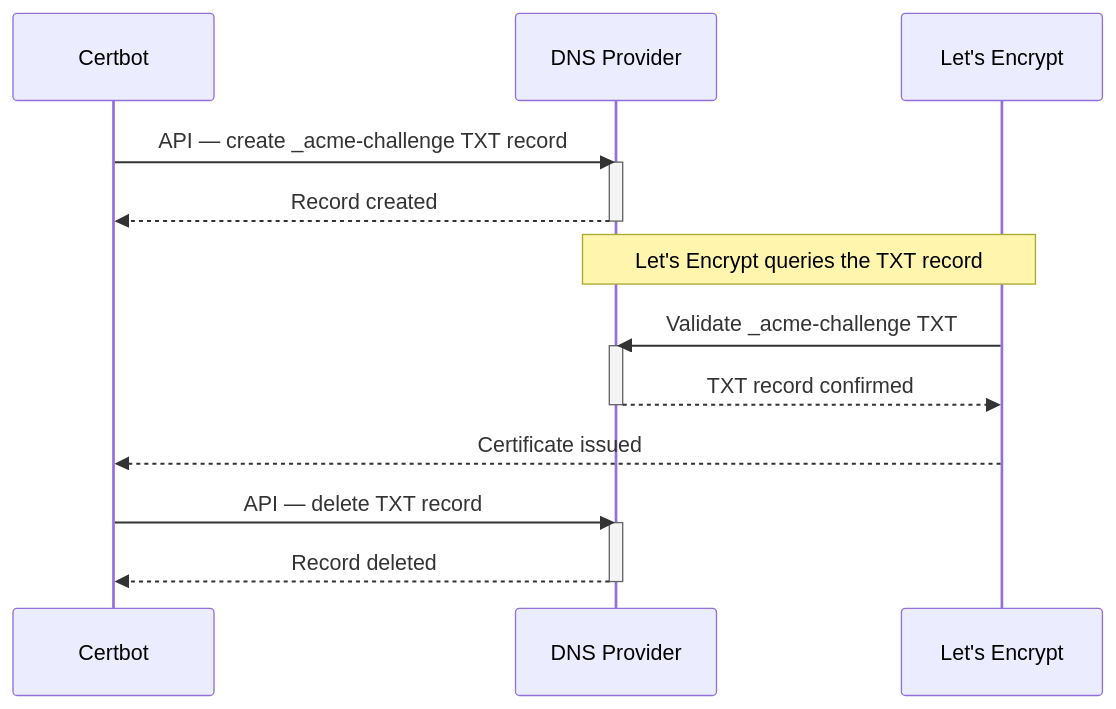
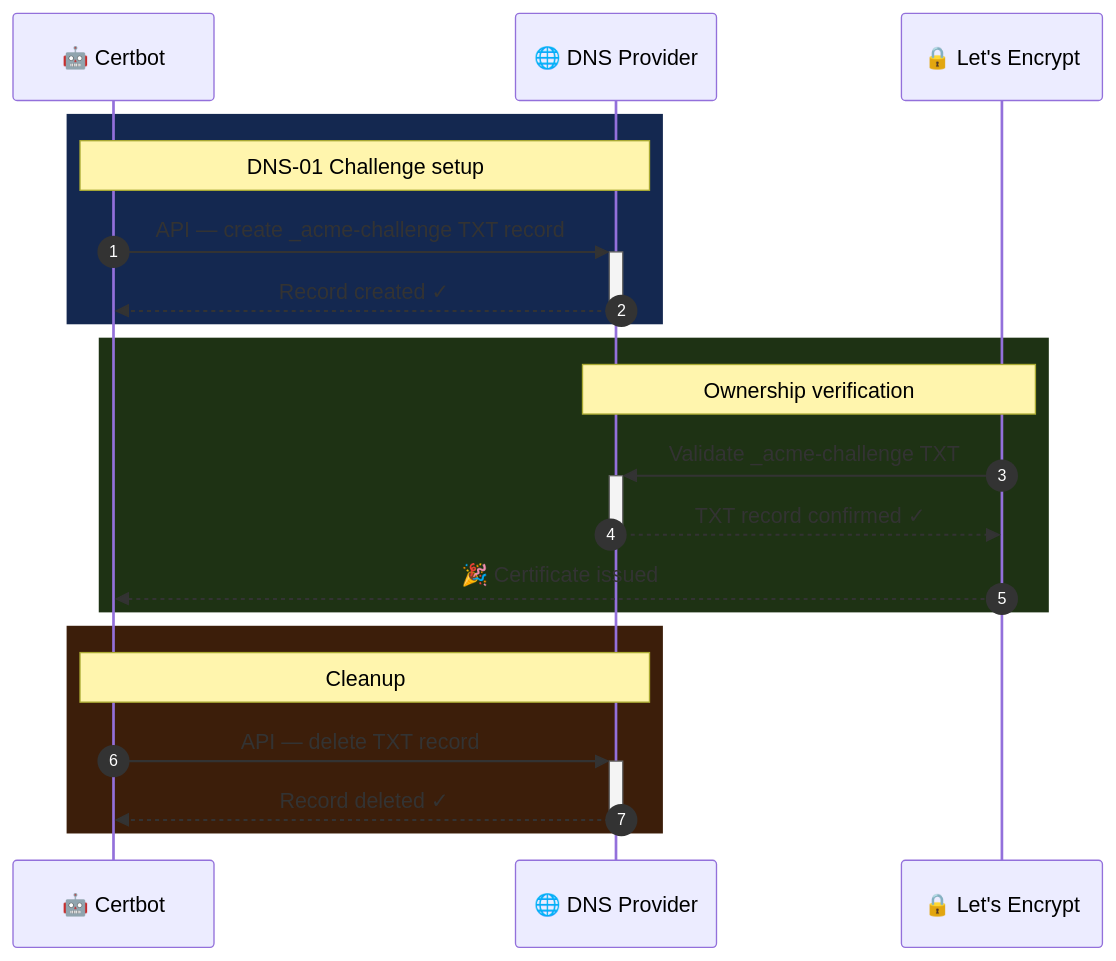
The eighth of 10 diagrams in README.md (Pedr0Teixeira/oci-docgen), drawn with Mermaid before and after one commit. The commit also changed other lines of this file, not shown here.

First line of the commit message:
docs: improve all Mermaid diagrams with consistent styling

````diff
--- a/README.md
+++ b/README.md
@@ -883,24 +942,26 @@
 ```mermaid
 sequenceDiagram
-    participant C as Certbot
-    participant D as DNS Provider
-    participant L as Let's Encrypt
+  autonumber
+  participant C as 🤖 Certbot
+  participant D as 🌐 DNS Provider
+  participant L as 🔒 Let's Encrypt
 
-    C->>D: API — create _acme-challenge TXT record
-    activate D
-    D-->>C: Record created
-    deactivate D
+  rect rgb(20, 40, 80)
+    Note over C,D: DNS-01 Challenge setup
+    C->>+D: API — create _acme-challenge TXT record
+    D-->>-C: Record created ✓
+  end
 
-    note over D,L: Let's Encrypt queries the TXT record
-    L->>D: Validate _acme-challenge TXT
-    activate D
-    D-->>L: TXT record confirmed
-    deactivate D
+  rect rgb(30, 50, 20)
+    Note over D,L: Ownership verification
+    L->>+D: Validate _acme-challenge TXT
+    D-->>-L: TXT record confirmed ✓
+    L-->>C: 🎉 Certificate issued
+  end
 
-    L-->>C: Certificate issued
-
-    C->>D: API — delete TXT record
-    activate D
-    D-->>C: Record deleted
-    deactivate D
+  rect rgb(60, 30, 10)
+    Note over C,D: Cleanup
+    C->>+D: API — delete TXT record
+    D-->>-C: Record deleted ✓
+  end
 ```
````
